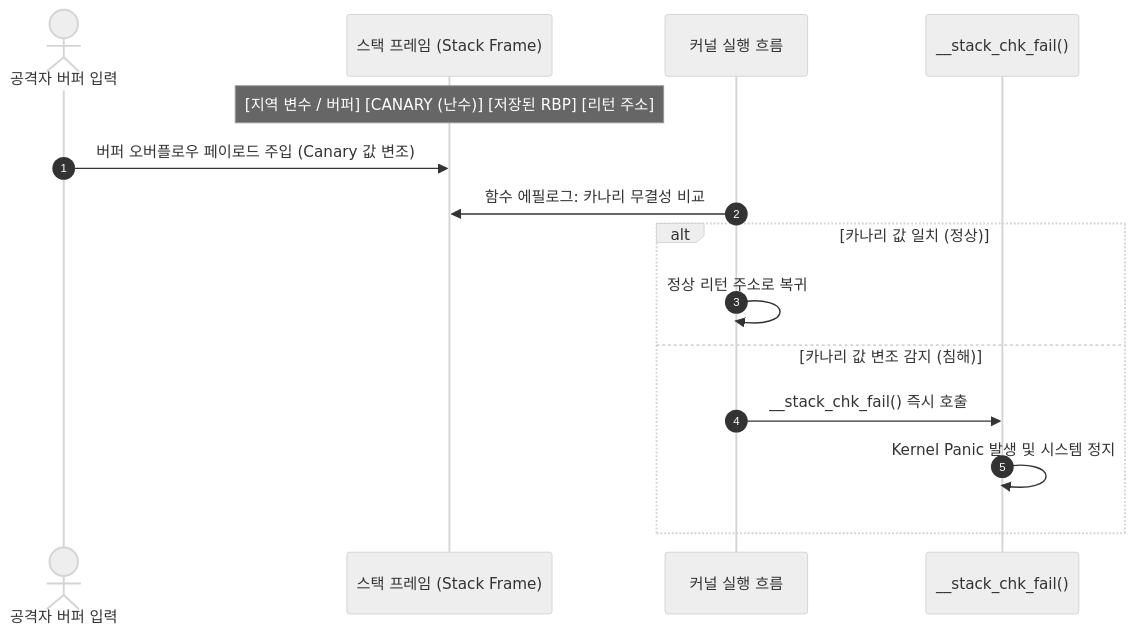
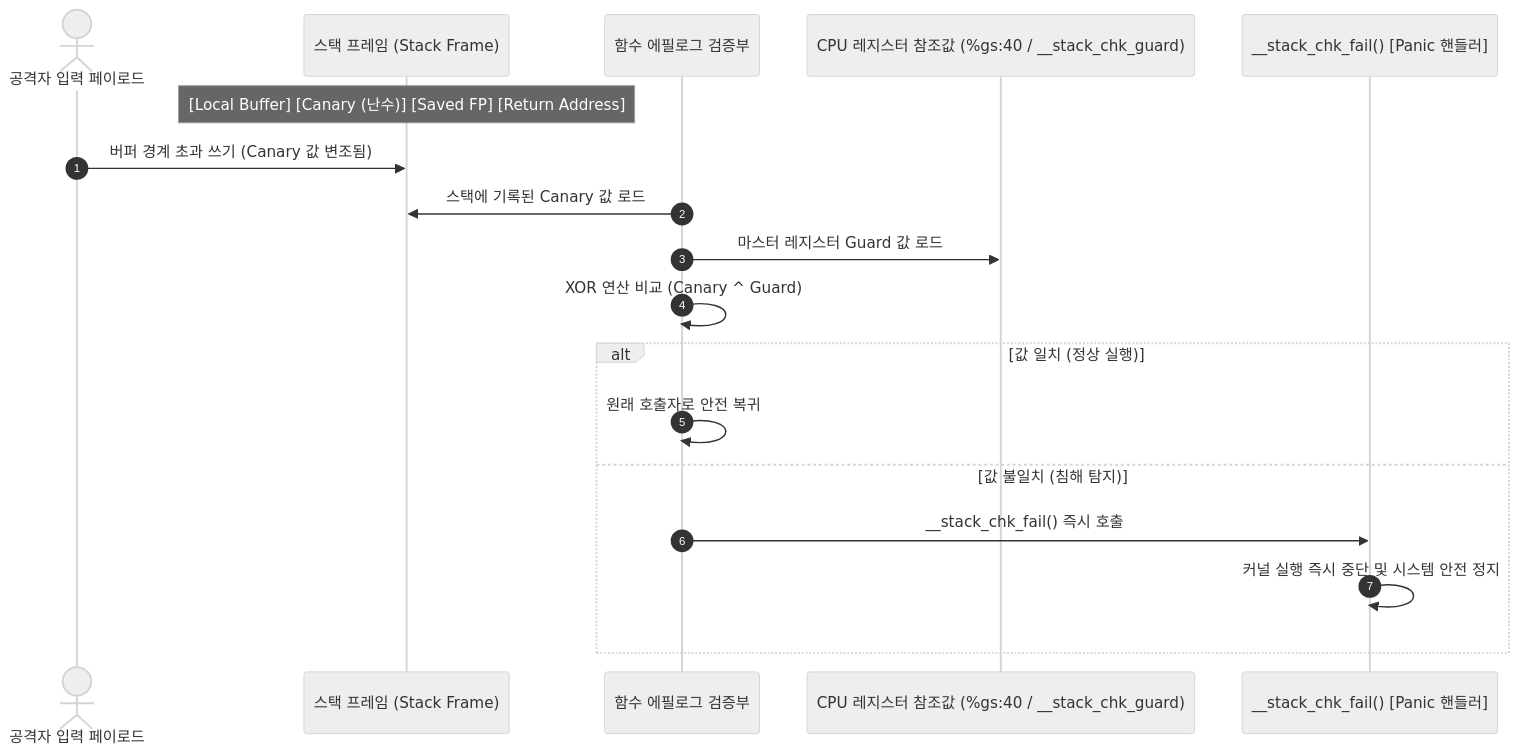
Before and after one commit to auking45/linux-kernel-hardening-lab: the diagram in docs/ko/features/01-stack-protector.md, drawn with Mermaid (neutral theme). The commit also changed other lines of this file and 5 other files, not shown here.

````diff
--- a/docs/ko/features/01-stack-protector.md
+++ b/docs/ko/features/01-stack-protector.md
@@ -20,18 +34,21 @@
 ```mermaid
 sequenceDiagram
     autonumber
-    actor Attacker as 공격자 버퍼 입력
+    actor Attacker as 공격자 입력 페이로드
     participant Stack as 스택 프레임 (Stack Frame)
-    participant Kernel as 커널 실행 흐름
-    participant Panic as __stack_chk_fail()
+    participant Epilogue as 함수 에필로그 검증부
+    participant Guard as CPU 레지스터 참조값 (%gs:40 / __stack_chk_guard)
+    participant Panic as __stack_chk_fail() [Panic 핸들러]
 
-    Note over Stack: [지역 변수 / 버퍼] [CANARY (난수)] [저장된 RBP] [리턴 주소]
-    Attacker->>Stack: 버퍼 오버플로우 페이로드 주입 (Canary 값 변조)
-    Kernel->>Stack: 함수 에필로그: 카나리 무결성 비교
-    alt 카나리 값 일치 (정상)
-        Kernel->>Kernel: 정상 리턴 주소로 복귀
-    else 카나리 값 변조 감지 (침해)
-        Kernel->>Panic: __stack_chk_fail() 즉시 호출
-        Panic->>Panic: Kernel Panic 발생 및 시스템 정지
+    Note over Stack: [Local Buffer] [Canary (난수)] [Saved FP] [Return Address]
+    Attacker->>Stack: 버퍼 경계 초과 쓰기 (Canary 값 변조됨)
+    Epilogue->>Stack: 스택에 기록된 Canary 값 로드
+    Epilogue->>Guard: 마스터 레지스터 Guard 값 로드
+    Epilogue->>Epilogue: XOR 연산 비교 (Canary ^ Guard)
+    alt 값 일치 (정상 실행)
+        Epilogue->>Epilogue: 원래 호출자로 안전 복귀
+    else 값 불일치 (침해 탐지)
+        Epilogue->>Panic: __stack_chk_fail() 즉시 호출
+        Panic->>Panic: 커널 실행 즉시 중단 및 시스템 안전 정지
     end
 ```
````
